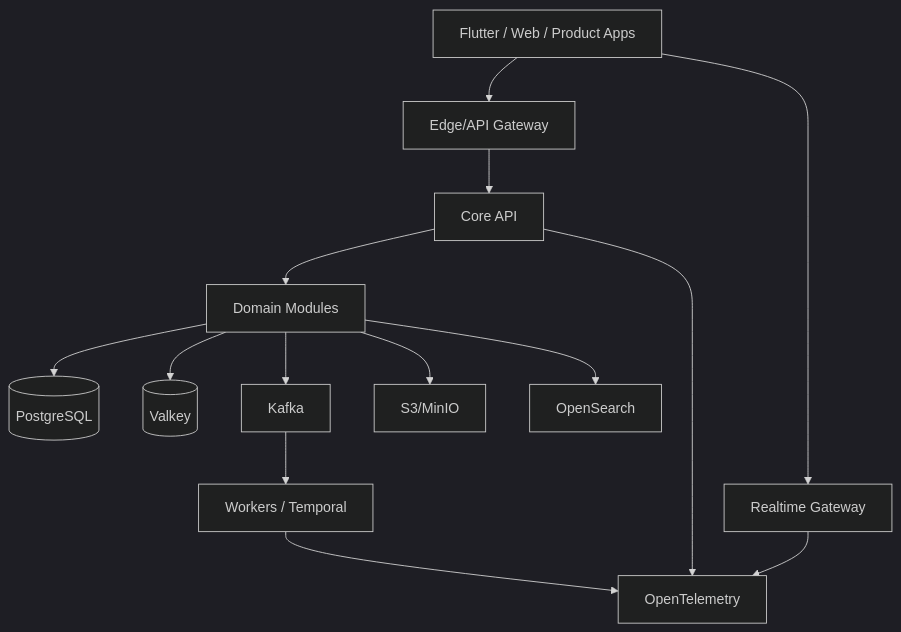
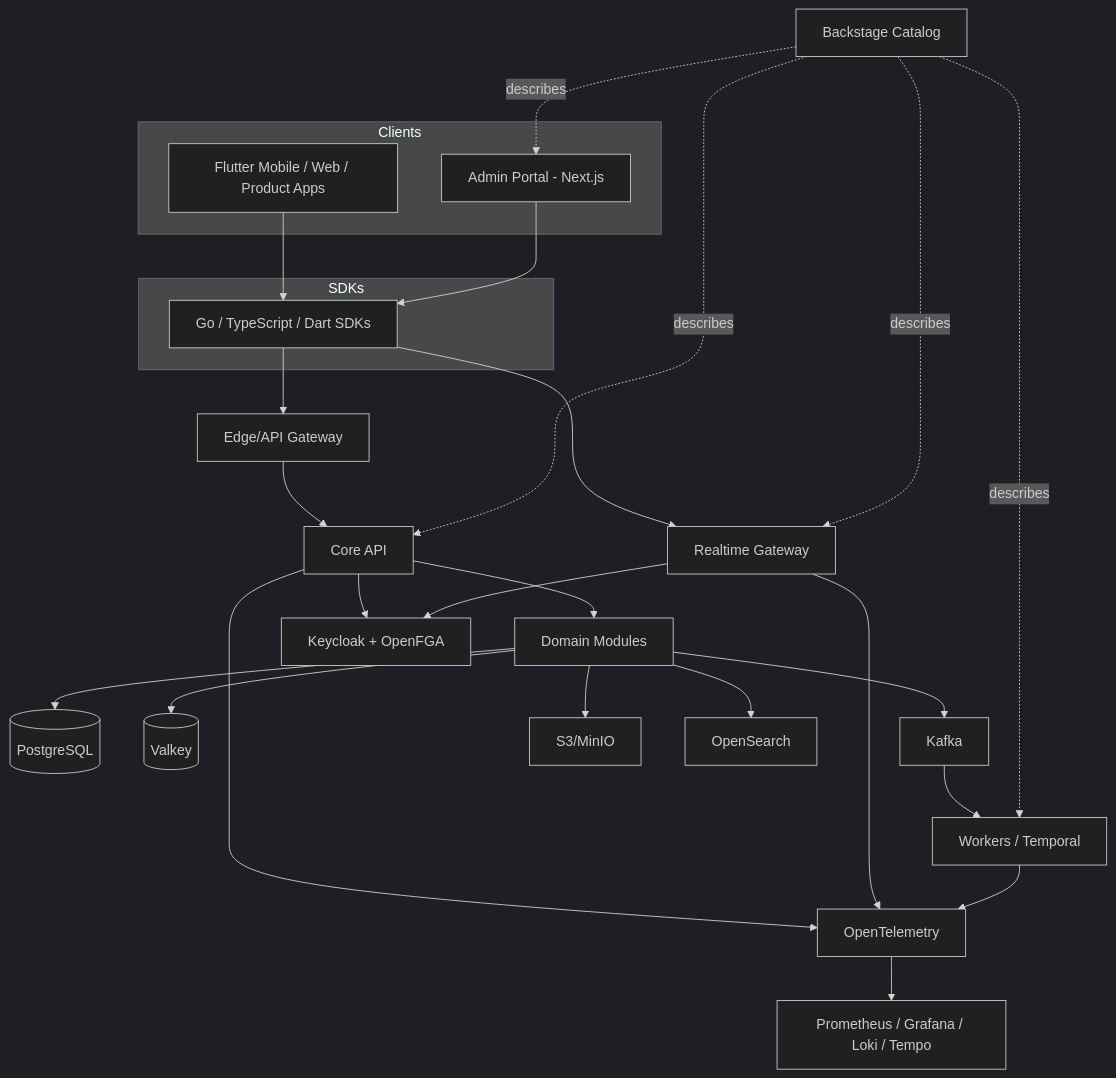
The diagram in docs/architecture/overview.md (azariah1997/core), drawn with Mermaid (dark theme) before and after one commit. The commit also changed other lines of this file and 14 other files, not shown here.

````diff
--- a/docs/architecture/overview.md
+++ b/docs/architecture/overview.md
@@ -16,16 +20,38 @@
 ```mermaid
 flowchart TD
-  A[Flutter / Web / Product Apps] --> B[Edge/API Gateway]
+  subgraph Clients
+    A[Flutter Mobile / Web / Product Apps]
+    ADMIN[Admin Portal - Next.js]
+  end
+
+  subgraph SDKs
+    SDK[Go / TypeScript / Dart SDKs]
+  end
+
+  A --> SDK
+  ADMIN --> SDK
+  SDK --> B[Edge/API Gateway]
   B --> C[Core API]
-  A --> R[Realtime Gateway]
+  SDK --> R[Realtime Gateway]
+
   C --> D[Domain Modules]
   D --> P[(PostgreSQL)]
   D --> V[(Valkey)]
   D --> K[Kafka]
   D --> S[S3/MinIO]
   D --> O[OpenSearch]
   K --> W[Workers / Temporal]
+
+  C --> AUTH[Keycloak + OpenFGA]
+  R --> AUTH
+
   C --> T[OpenTelemetry]
   R --> T
   W --> T
+  T --> OBS[Prometheus / Grafana / Loki / Tempo]
+
+  BS[Backstage Catalog] -.describes.-> C
+  BS -.describes.-> R
+  BS -.describes.-> W
+  BS -.describes.-> ADMIN
 ```
````
